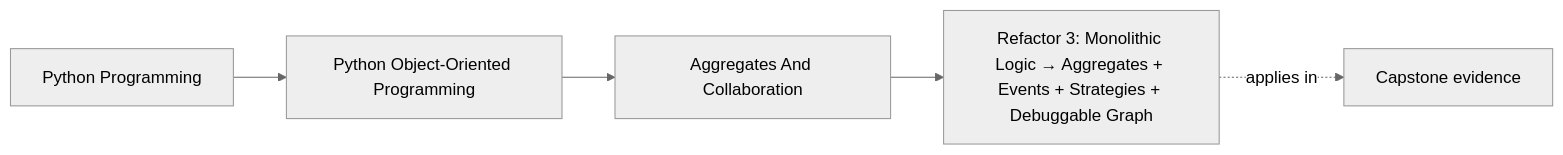
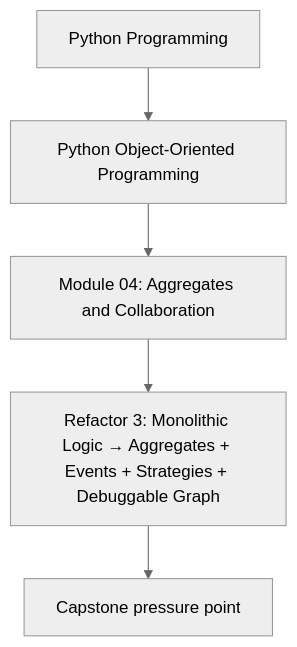
Before and after one commit to bijux/bijux-masterclass: the first of 2 diagrams in programs/python-programming/python-object-oriented-programming/course-book/module-04-aggregates-and-collaboration/refactor-aggregates-events-and-strategies.md, drawn with Mermaid (neutral theme). The commit also changed other lines of this file and 107 other files, not shown here.

Commit message:
docs(python-object-oriented-programming): align concept page diagrams

````diff
--- a/programs/python-programming/python-object-oriented-programming/course-book/module-04-aggregates-and-collaboration/refactor-aggregates-events-and-strategies.md
+++ b/programs/python-programming/python-object-oriented-programming/course-book/module-04-aggregates-and-collaboration/refactor-aggregates-events-and-strategies.md
@@ -7,11 +7,7 @@
 ```mermaid
-graph LR
-  family["Python Programming"]
-  program["Python Object-Oriented Programming"]
-  section["Aggregates And Collaboration"]
-  page["Refactor 3: Monolithic Logic → Aggregates + Events + Strategies + Debuggable Graph"]
-  capstone["Capstone evidence"]
-
-  family --> program --> section --> page
-  page -.applies in.-> capstone
+flowchart TD
+  family["Python Programming"] --> program["Python Object-Oriented Programming"]
+  program --> module["Module 04: Aggregates and Collaboration"]
+  module --> concept["Refactor 3: Monolithic Logic → Aggregates + Events + Strategies + Debuggable Graph"]
+  concept --> capstone["Capstone pressure point"]
 ```
````
